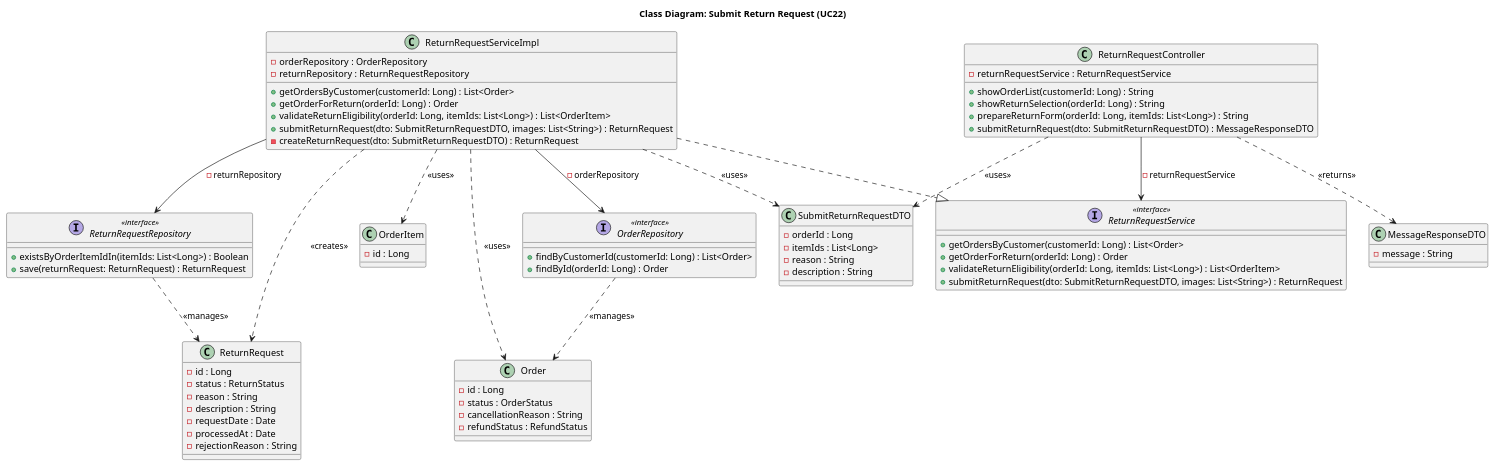
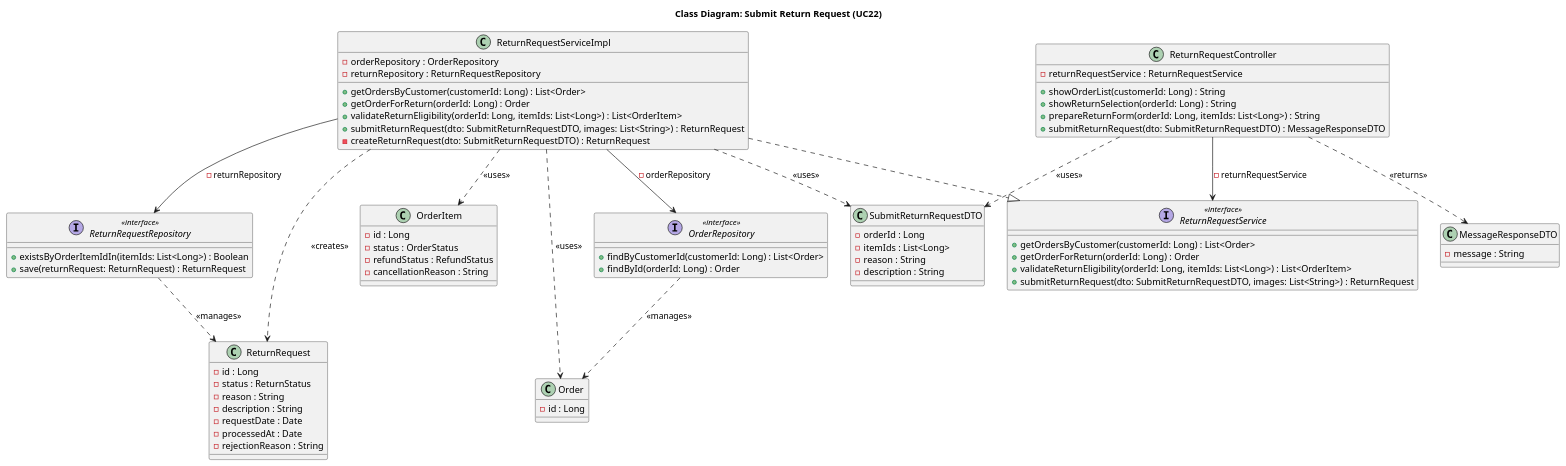
Before and after one commit to Peterdir/fashion-store-system: the diagram in src/main/java/org/example/fashionstoresystem/uml/Class/CD22_SubmitReturnRequest.puml, drawn with PlantUML. The commit also changed other lines of this file and 13 other files, not shown here.

Commit message:
Update DTO and UML

```diff
--- a/src/main/java/org/example/fashionstoresystem/uml/Class/CD22_SubmitReturnRequest.puml
+++ b/src/main/java/org/example/fashionstoresystem/uml/Class/CD22_SubmitReturnRequest.puml
@@ -1,101 +1,101 @@
 @startuml
 title Class Diagram: Submit Return Request (UC22)
 
 ' Controller
 class ReturnRequestController {
     - returnRequestService : ReturnRequestService
     + showOrderList(customerId: Long) : String
     + showReturnSelection(orderId: Long) : String
     + prepareReturnForm(orderId: Long, itemIds: List<Long>) : String
     + submitReturnRequest(dto: SubmitReturnRequestDTO) : MessageResponseDTO
 }
 
 ' Service
 interface ReturnRequestService <<interface>> {
     + getOrdersByCustomer(customerId: Long) : List<Order>
     + getOrderForReturn(orderId: Long) : Order
     + validateReturnEligibility(orderId: Long, itemIds: List<Long>) : List<OrderItem>
     + submitReturnRequest(dto: SubmitReturnRequestDTO, images: List<String>) : ReturnRequest
 }
 
 class ReturnRequestServiceImpl {
     - orderRepository : OrderRepository
     - returnRepository : ReturnRequestRepository
     + getOrdersByCustomer(customerId: Long) : List<Order>
     + getOrderForReturn(orderId: Long) : Order
     + validateReturnEligibility(orderId: Long, itemIds: List<Long>) : List<OrderItem>
     + submitReturnRequest(dto: SubmitReturnRequestDTO, images: List<String>) : ReturnRequest
     - createReturnRequest(dto: SubmitReturnRequestDTO) : ReturnRequest
 }
 
 ' Repository
 interface OrderRepository <<interface>> {
     + findByCustomerId(customerId: Long) : List<Order>
     + findById(orderId: Long) : Order
 }
 
 interface ReturnRequestRepository <<interface>> {
     + existsByOrderItemIdIn(itemIds: List<Long>) : Boolean
     + save(returnRequest: ReturnRequest) : ReturnRequest
 }
 
 ' DTO
 
 class SubmitReturnRequestDTO {
     - orderId : Long
     - itemIds : List<Long>
     - reason : String
     - description : String
 }
 
 class MessageResponseDTO {
     - message : String
 }
 
 ' Entity
 
 class ReturnRequest {
     - id : Long
     - status : ReturnStatus
     - reason : String
     - description : String
     - requestDate : Date
     - processedAt : Date
     - rejectionReason : String
 }
 
 class Order {
     - id : Long
-    - status : OrderStatus
-    - cancellationReason : String
-    - refundStatus : RefundStatus
 }
 
 class OrderItem {
     - id : Long
+    - status : OrderStatus
+    - refundStatus : RefundStatus
+    - cancellationReason : String
 }
 
 ' Relationships
 
 ' Implementation
 ReturnRequestServiceImpl ..|> ReturnRequestService
 
 ' Dependency Injection
 ReturnRequestController --> ReturnRequestService : - returnRequestService
 ReturnRequestServiceImpl --> OrderRepository : - orderRepository
 ReturnRequestServiceImpl --> ReturnRequestRepository : - returnRepository
 
 ' Object Usage
 ReturnRequestController ..> SubmitReturnRequestDTO : <<uses>>
 ReturnRequestController ..> MessageResponseDTO : <<returns>>
 ReturnRequestServiceImpl ..> SubmitReturnRequestDTO : <<uses>>
 
 ReturnRequestServiceImpl ..> ReturnRequest : <<creates>>
 ReturnRequestRepository ..> ReturnRequest : <<manages>>
 
 ReturnRequestServiceImpl ..> Order : <<uses>>
 OrderRepository ..> Order : <<manages>>
 
 ReturnRequestServiceImpl ..> OrderItem : <<uses>>
 
 @enduml
```
